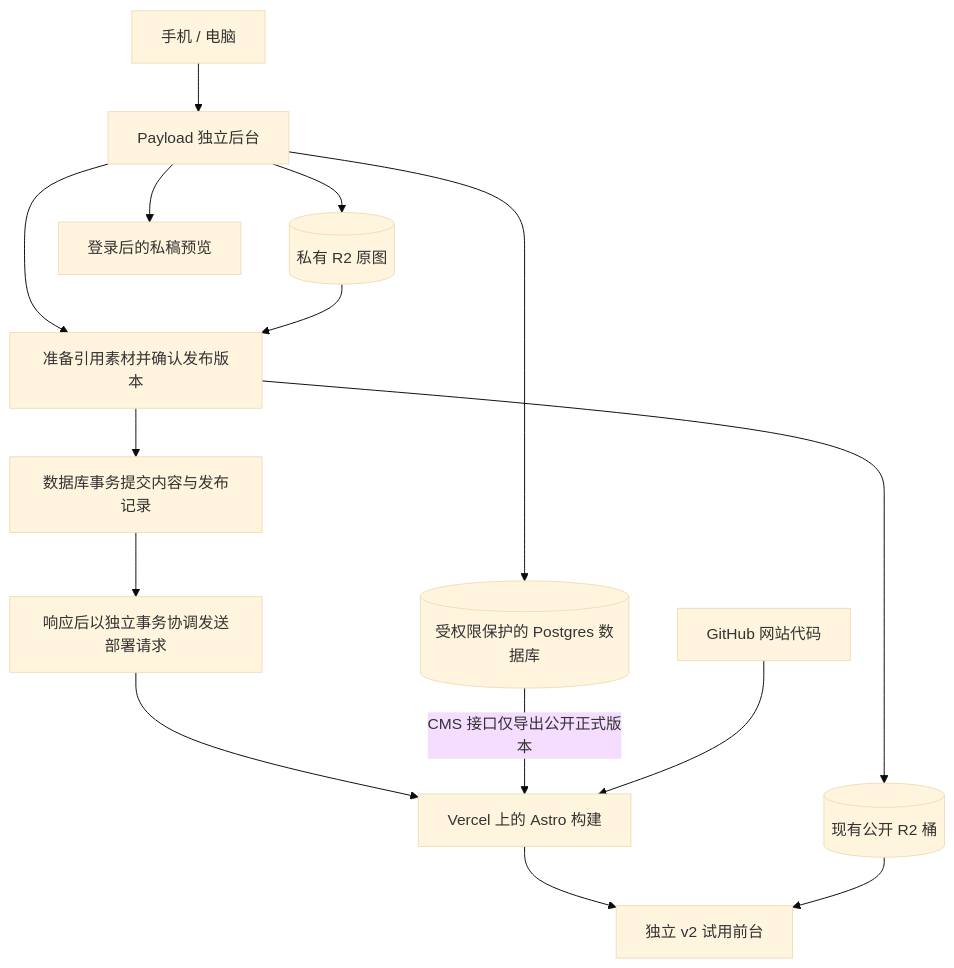
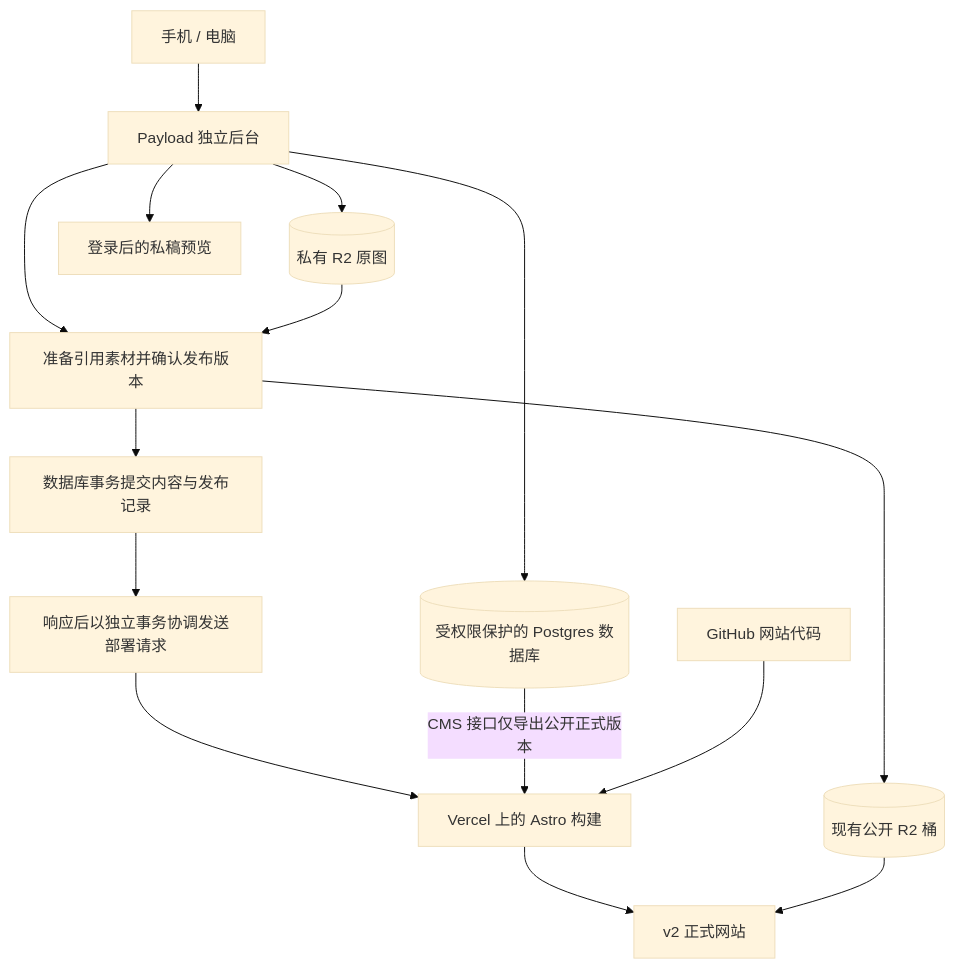
Before and after one commit to XYR-star/2026-websites-Ricky: the diagram in cms/README.md, drawn with Mermaid (base theme). The commit also changed other lines of this file and 5 other files, not shown here.

````diff
--- a/cms/README.md
+++ b/cms/README.md
@@ -49,17 +49,17 @@
 ```mermaid
 flowchart TD
   Editor[手机 / 电脑] --> CMS[Payload 独立后台]
   CMS --> DB[(受权限保护的 Postgres 数据库)]
   CMS --> DraftMedia[(私有 R2 原图)]
   CMS --> Preview[登录后的私稿预览]
   CMS --> Publish[准备引用素材并确认发布版本]
   DraftMedia --> Publish
   Publish --> PublicMedia[(现有公开 R2 桶)]
   Publish --> Commit[数据库事务提交内容与发布记录]
   Commit --> Dispatch[响应后以独立事务协调发送部署请求]
   Dispatch --> Build[Vercel 上的 Astro 构建]
   DB -->|CMS 接口仅导出公开正式版本| Build
   GitHub[GitHub 网站代码] --> Build
-  Build --> Site[独立 v2 试用前台]
+  Build --> Site[v2 正式网站]
   PublicMedia --> Site
 ```
````
